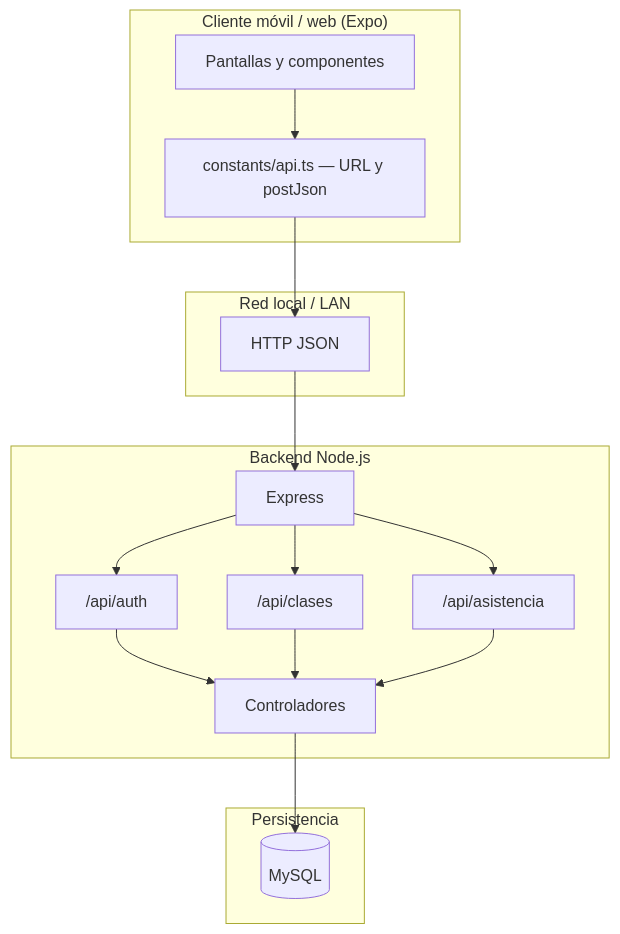
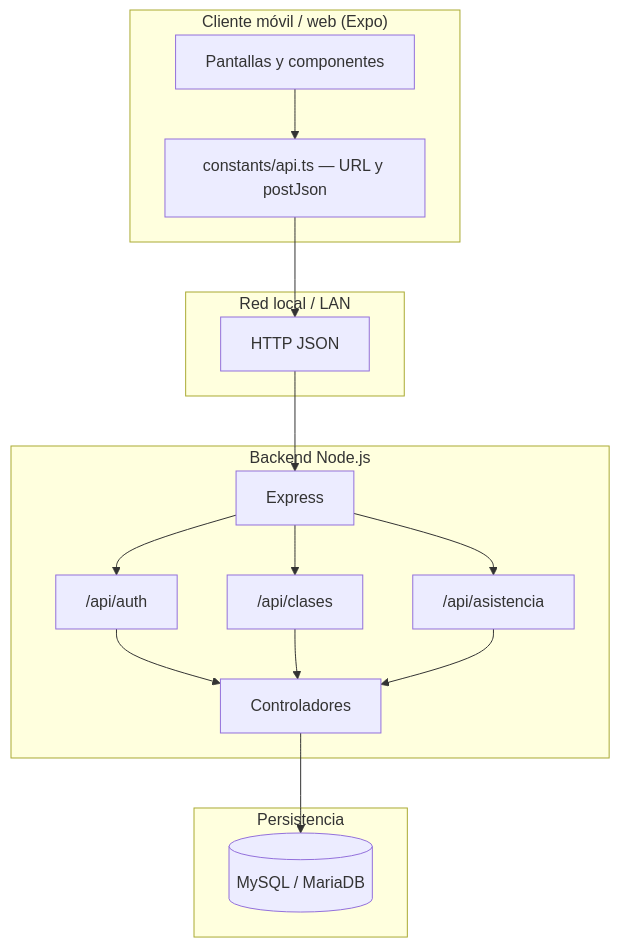
The first of 4 diagrams in docs/wiki/Arquitectura.md (GMort01/AppDeAsistencia), drawn with Mermaid before and after one commit. The commit also changed other lines of this file and 5 other files, not shown here.

````diff
--- a/docs/wiki/Arquitectura.md
+++ b/docs/wiki/Arquitectura.md
@@ -5,34 +5,34 @@
 ```mermaid
 flowchart TB
     subgraph Cliente["Cliente móvil / web (Expo)"]
         UI[Pantallas y componentes]
         API_CLIENT[constants/api.ts — URL y postJson]
     end
 
     subgraph Red["Red local / LAN"]
         HTTP[HTTP JSON]
     end
 
     subgraph Servidor["Backend Node.js"]
         EXP[Express]
         R_AUTH["/api/auth"]
         R_CLASES["/api/clases"]
         R_ASIST["/api/asistencia"]
         CTRL[Controladores]
     end
 
     subgraph Datos["Persistencia"]
-        DB[(MySQL)]
+        DB[(MySQL / MariaDB)]
     end
 
     UI --> API_CLIENT
     API_CLIENT --> HTTP
     HTTP --> EXP
     EXP --> R_AUTH
     EXP --> R_CLASES
     EXP --> R_ASIST
     R_AUTH --> CTRL
     R_CLASES --> CTRL
     R_ASIST --> CTRL
     CTRL --> DB
 ```
````
